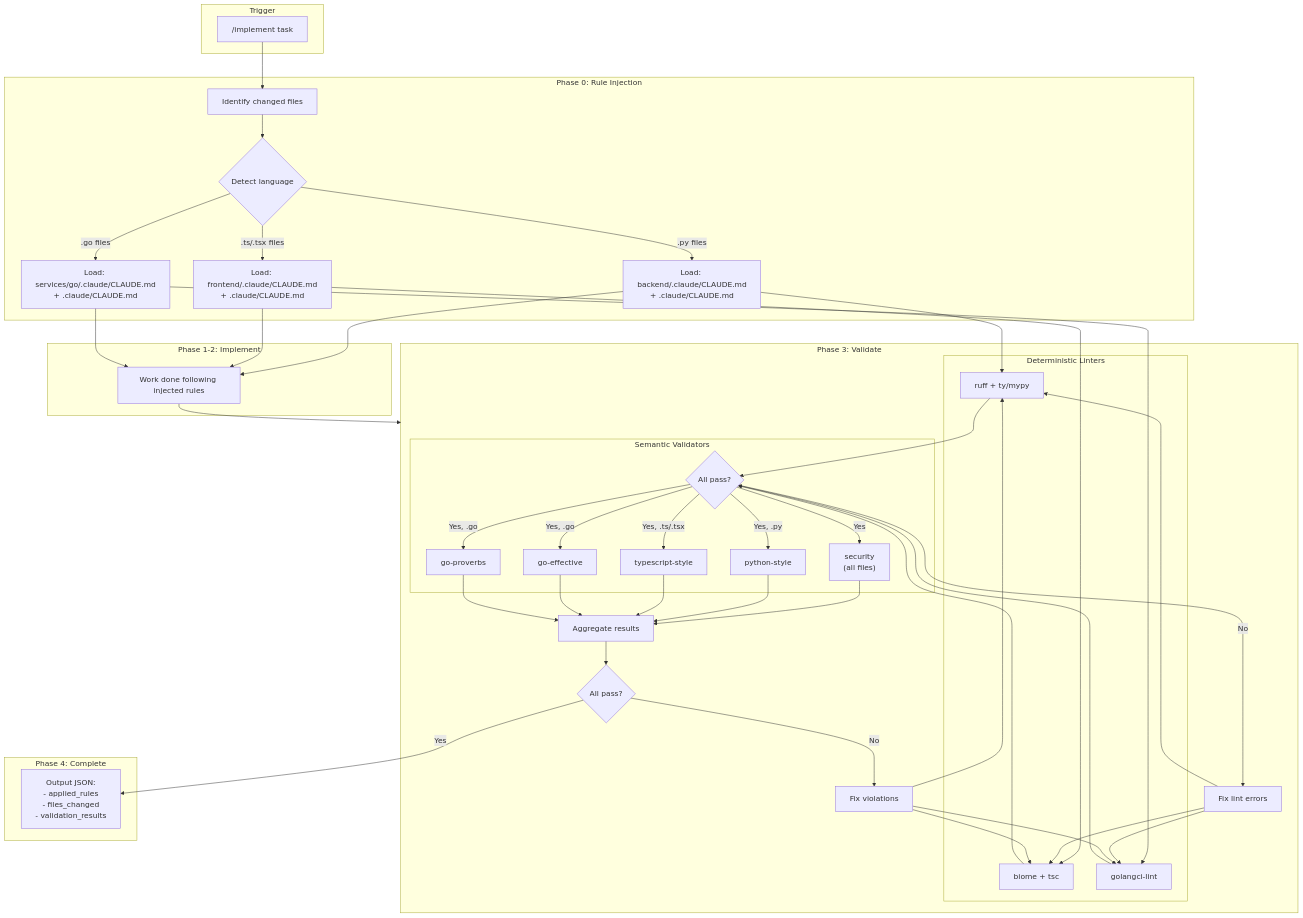
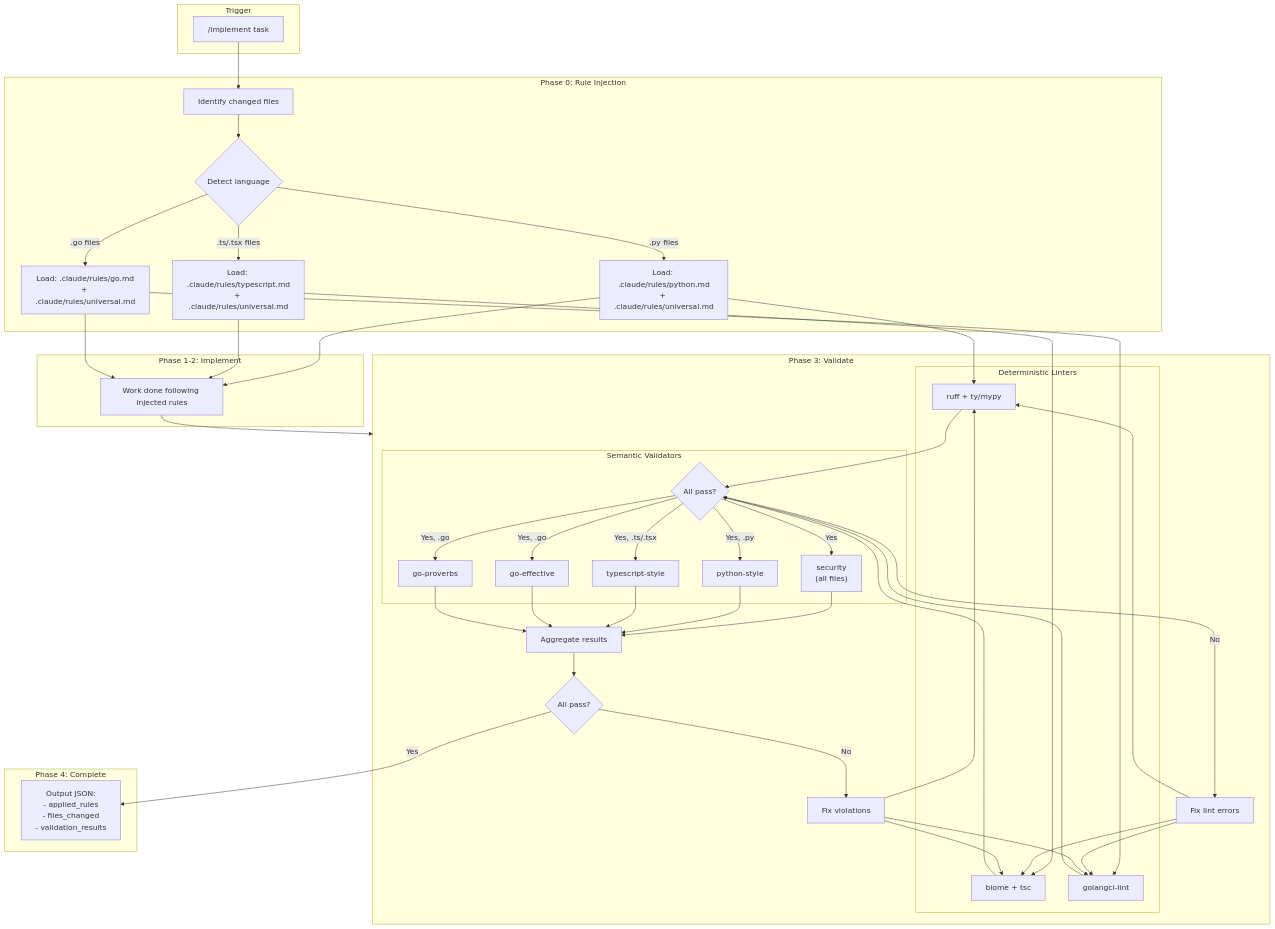
Before and after one commit to peteski22/claude-pragma: the second of 7 diagrams in ARCHITECTURE.md, drawn with Mermaid. The commit also changed other lines of this file and 7 other files, not shown here.

First line of the commit message:
Migrate setup-project from .claude/CLAUDE.md to .claude/rules/*.md (#93)

````diff
--- a/ARCHITECTURE.md
+++ b/ARCHITECTURE.md
@@ -202,53 +202,53 @@
 ```mermaid
 flowchart TB
     subgraph Trigger["Trigger"]
         Start["/implement task"]
     end
 
     subgraph Phase0["Phase 0: Rule Injection"]
         P0[Identify changed files]
         P0 --> DetectLang{Detect language}
 
-        DetectLang -->|.py files| PyRules["Load: backend/.claude/CLAUDE.md<br/>+ .claude/CLAUDE.md"]
-        DetectLang -->|.ts/.tsx files| TSRules["Load: frontend/.claude/CLAUDE.md<br/>+ .claude/CLAUDE.md"]
-        DetectLang -->|.go files| GoRules["Load: services/go/.claude/CLAUDE.md<br/>+ .claude/CLAUDE.md"]
+        DetectLang -->|.py files| PyRules["Load: .claude/rules/python.md<br/>+ .claude/rules/universal.md"]
+        DetectLang -->|.ts/.tsx files| TSRules["Load: .claude/rules/typescript.md<br/>+ .claude/rules/universal.md"]
+        DetectLang -->|.go files| GoRules["Load: .claude/rules/go.md<br/>+ .claude/rules/universal.md"]
     end
 
     subgraph Phase12["Phase 1-2: Implement"]
         Impl[Work done following injected rules]
     end
 
     subgraph Phase3["Phase 3: Validate"]
         subgraph DetChecks["Deterministic Linters"]
             PyRules --> PyLint["ruff + ty/mypy"]
             TSRules --> TSLint["biome + tsc"]
             GoRules --> GoLint["golangci-lint"]
         end
 
         PyLint & TSLint & GoLint --> LintPass{All pass?}
         LintPass -->|No| FixLint[Fix lint errors]
         FixLint --> PyLint & TSLint & GoLint
 
         subgraph SemVal["Semantic Validators"]
             LintPass -->|Yes| SecVal["security<br/>(all files)"]
 
             LintPass -->|Yes, .py| PyStyle["python-style"]
             LintPass -->|Yes, .ts/.tsx| TSStyle["typescript-style"]
             LintPass -->|Yes, .go| GoEff["go-effective"]
             LintPass -->|Yes, .go| GoProv["go-proverbs"]
         end
 
         SecVal & PyStyle & TSStyle & GoEff & GoProv --> Agg[Aggregate results]
         Agg --> ValPass{All pass?}
         ValPass -->|No| FixViol[Fix violations]
         FixViol --> PyLint & TSLint & GoLint
     end
 
     subgraph Phase4["Phase 4: Complete"]
         ValPass -->|Yes| Output["Output JSON:<br/>- applied_rules<br/>- files_changed<br/>- validation_results"]
     end
 
     Start --> P0
     PyRules & TSRules & GoRules --> Impl
     Impl --> Phase3
 ```
````
